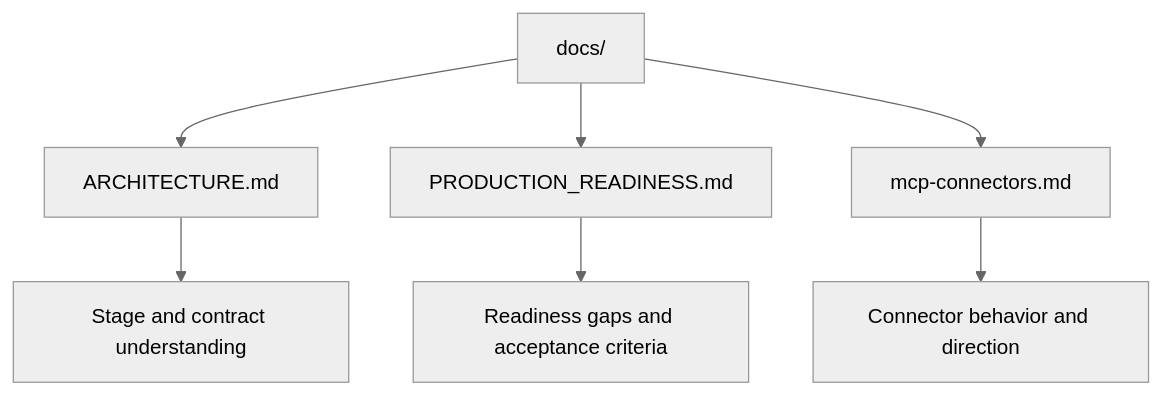
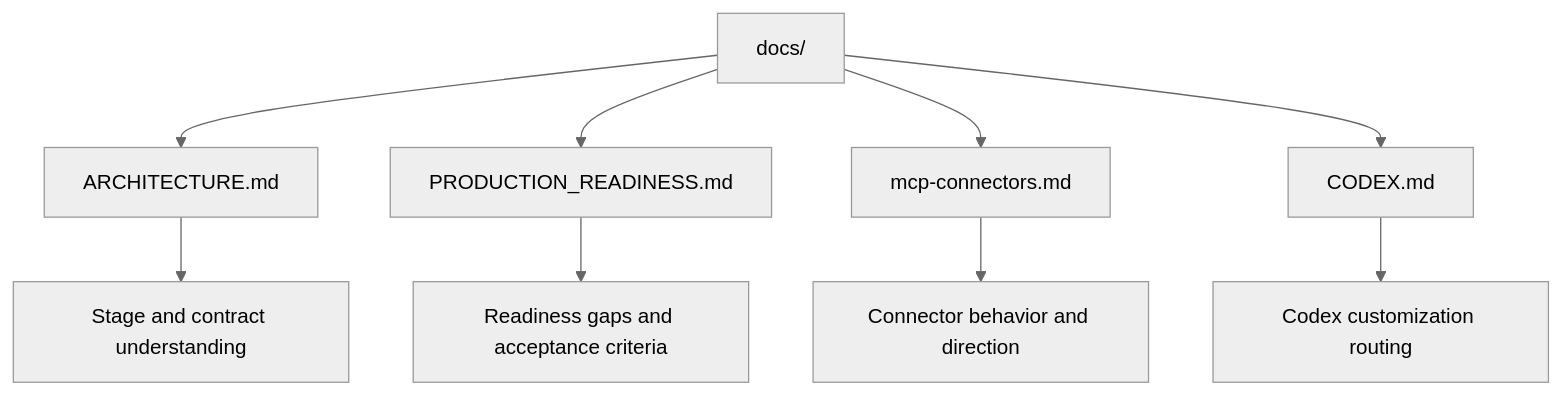
Before and after one commit to sx-tane/context-os: the diagram in docs/README.md, drawn with Mermaid (neutral theme). The commit also changed other lines of this file and 31 other files, not shown here.

````diff
--- a/docs/README.md
+++ b/docs/README.md
@@ -13,9 +14,11 @@
 ```mermaid
 flowchart TD
 	ROOT[docs/] --> ARCH[ARCHITECTURE.md]
 	ROOT --> PROD[PRODUCTION_READINESS.md]
 	ROOT --> MCP[mcp-connectors.md]
+	ROOT --> CODEX[CODEX.md]
 	ARCH --> STAGES[Stage and contract understanding]
 	PROD --> GAPS[Readiness gaps and acceptance criteria]
 	MCP --> SOURCES[Connector behavior and direction]
+	CODEX --> CUSTOM[Codex customization routing]
 ```
````
